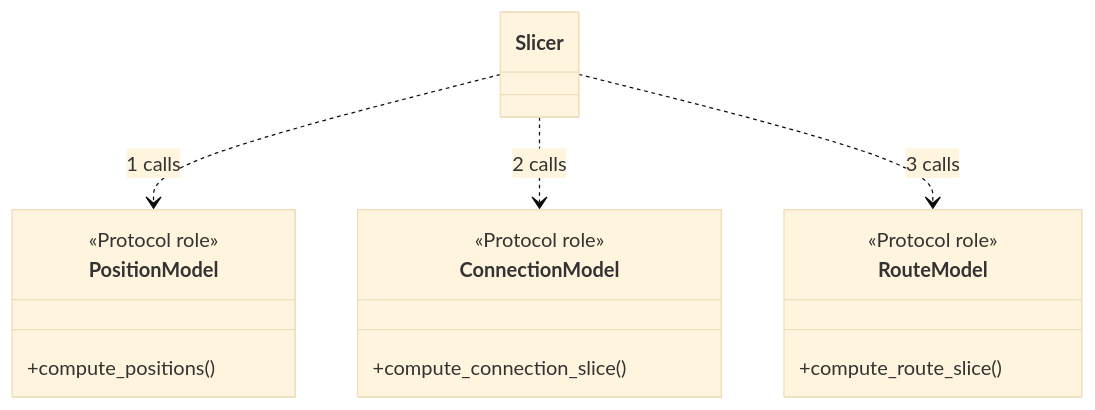
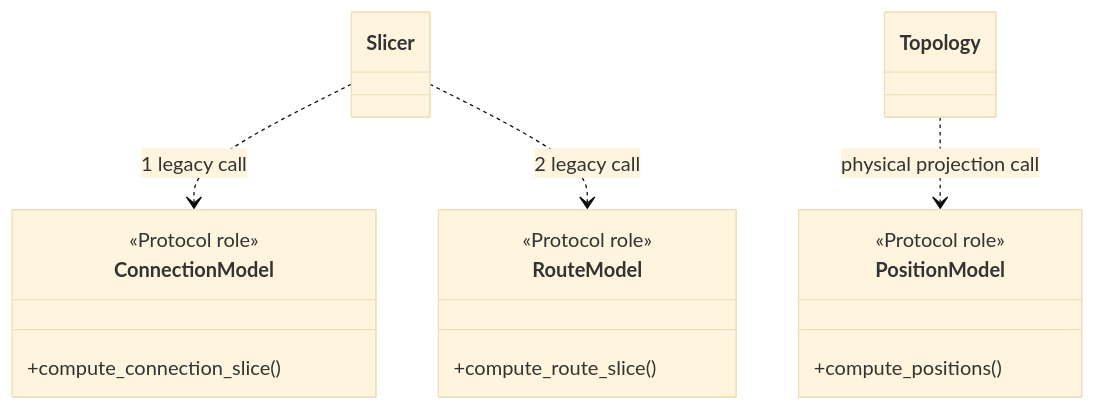
Before and after one commit to seed-labs/skyseed: diagram 11 of 12 in skyseed_v2/docs/human-readable/object-model.md, drawn with Mermaid (base theme). The commit also changed other lines of this file and 94 other files, not shown here.

Commit message:
feat: establish topology physical frame foundation

````diff
--- a/skyseed_v2/docs/human-readable/object-model.md
+++ b/skyseed_v2/docs/human-readable/object-model.md
@@ -377,19 +408,20 @@
 ```mermaid
 classDiagram
     class Slicer
+    class Topology
     class PositionModel {
         <<Protocol role>>
         +compute_positions()
     }
     class ConnectionModel {
         <<Protocol role>>
         +compute_connection_slice()
     }
     class RouteModel {
         <<Protocol role>>
         +compute_route_slice()
     }
-    Slicer ..> PositionModel : 1 calls
-    Slicer ..> ConnectionModel : 2 calls
-    Slicer ..> RouteModel : 3 calls
+    Topology ..> PositionModel : physical projection call
+    Slicer ..> ConnectionModel : 1 legacy call
+    Slicer ..> RouteModel : 2 legacy call
 ```
````
